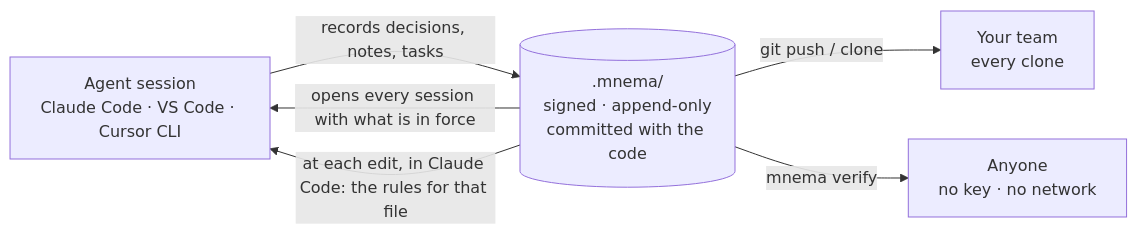
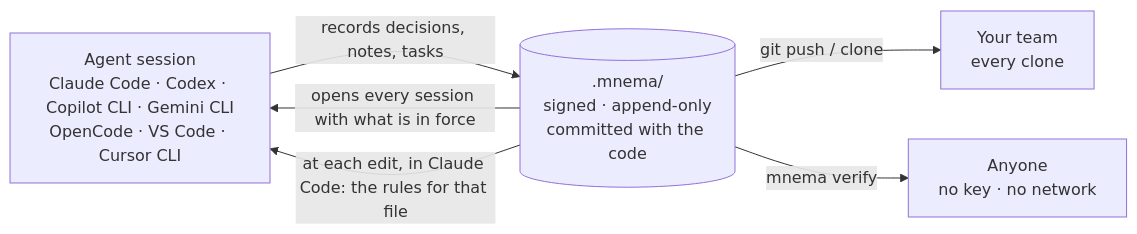
Before and after one commit to felipesauer/mnema: the first of 2 diagrams in docs/how-it-works.md, drawn with Mermaid. The commit also changed other lines of this file and 17 other files, not shown here.

````diff
--- a/docs/how-it-works.md
+++ b/docs/how-it-works.md
@@ -9,13 +10,13 @@
 ```mermaid
 flowchart LR
-    agent["Agent session<br/>Claude Code · VS Code · Cursor CLI"]
+    agent["Agent session<br/>Claude Code · Codex · Copilot CLI · Gemini CLI<br/>OpenCode · VS Code · Cursor CLI"]
     record[(".mnema/<br/>signed · append-only<br/>committed with the code")]
     team["Your team<br/>every clone"]
     stranger["Anyone<br/>no key · no network"]
 
     agent -- "records decisions, notes, tasks" --> record
     record -- "opens every session with what is in force" --> agent
     record -- "at each edit, in Claude Code: the rules for that file" --> agent
     record -- "git push / clone" --> team
     record -- "mnema verify" --> stranger
 ```
````
